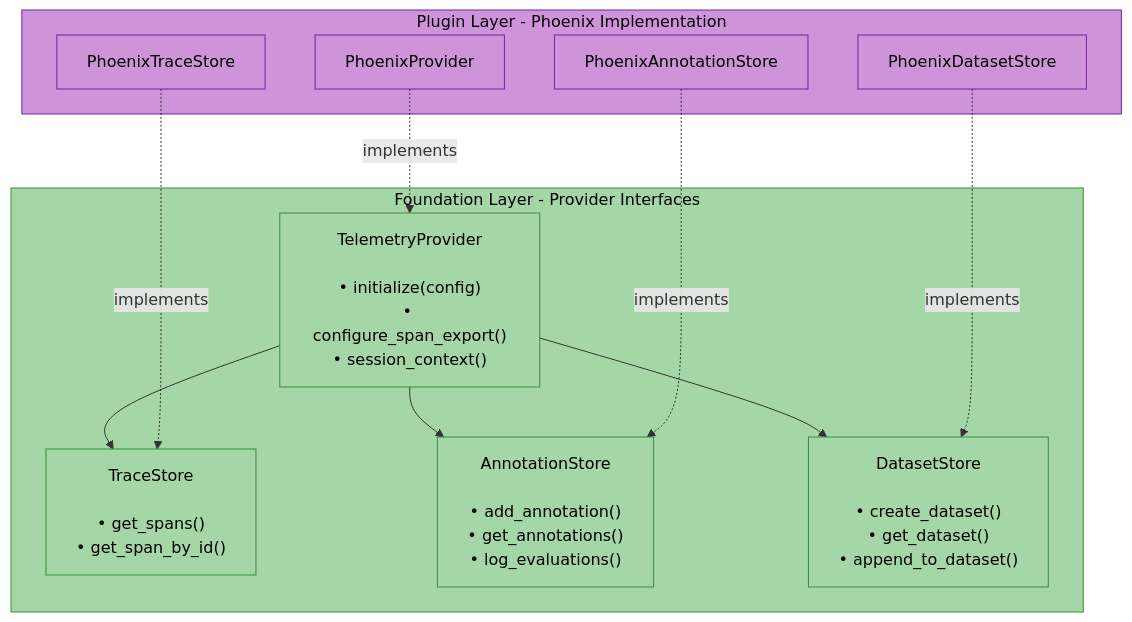
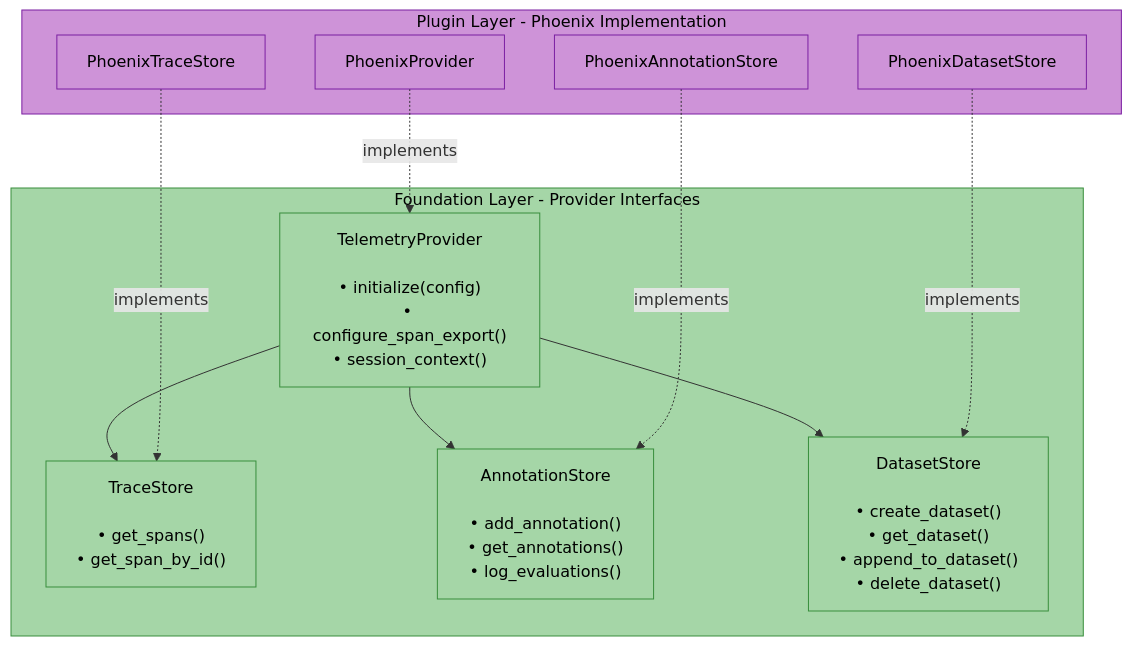
The fourth of 4 diagrams in docs/modules/telemetry.md (amit-jain/cogniverse), drawn with Mermaid before and after one commit. The commit also changed other lines of this file and 4 other files, not shown here.

````diff
--- a/docs/modules/telemetry.md
+++ b/docs/modules/telemetry.md
@@ -312,36 +312,36 @@
 ```mermaid
 flowchart TB
     subgraph Abstraction["<span style='color:#000'>Foundation Layer - Provider Interfaces</span>"]
         TelemetryProvider["<span style='color:#000'>TelemetryProvider<br/><br/>• initialize(config)<br/>• configure_span_export()<br/>• session_context()</span>"]
         TraceStore["<span style='color:#000'>TraceStore<br/><br/>• get_spans()<br/>• get_span_by_id()</span>"]
         AnnotationStore["<span style='color:#000'>AnnotationStore<br/><br/>• add_annotation()<br/>• get_annotations()<br/>• log_evaluations()</span>"]
-        DatasetStore["<span style='color:#000'>DatasetStore<br/><br/>• create_dataset()<br/>• get_dataset()<br/>• append_to_dataset()</span>"]
+        DatasetStore["<span style='color:#000'>DatasetStore<br/><br/>• create_dataset()<br/>• get_dataset()<br/>• append_to_dataset()<br/>• delete_dataset()</span>"]
     end
 
     TelemetryProvider --> TraceStore
     TelemetryProvider --> AnnotationStore
     TelemetryProvider --> DatasetStore
 
     subgraph Implementation["<span style='color:#000'>Plugin Layer - Phoenix Implementation</span>"]
         PhoenixProvider["<span style='color:#000'>PhoenixProvider</span>"]
         PhoenixTraceStore["<span style='color:#000'>PhoenixTraceStore</span>"]
         PhoenixAnnotationStore["<span style='color:#000'>PhoenixAnnotationStore</span>"]
         PhoenixDatasetStore["<span style='color:#000'>PhoenixDatasetStore</span>"]
     end
 
     PhoenixProvider -.->|implements| TelemetryProvider
     PhoenixTraceStore -.->|implements| TraceStore
     PhoenixAnnotationStore -.->|implements| AnnotationStore
     PhoenixDatasetStore -.->|implements| DatasetStore
 
     style Abstraction fill:#a5d6a7,stroke:#388e3c,color:#000
     style Implementation fill:#ce93d8,stroke:#7b1fa2,color:#000
     style TelemetryProvider fill:#a5d6a7,stroke:#388e3c,color:#000
     style TraceStore fill:#a5d6a7,stroke:#388e3c,color:#000
     style AnnotationStore fill:#a5d6a7,stroke:#388e3c,color:#000
     style DatasetStore fill:#a5d6a7,stroke:#388e3c,color:#000
     style PhoenixProvider fill:#ce93d8,stroke:#7b1fa2,color:#000
     style PhoenixTraceStore fill:#ce93d8,stroke:#7b1fa2,color:#000
     style PhoenixAnnotationStore fill:#ce93d8,stroke:#7b1fa2,color:#000
     style PhoenixDatasetStore fill:#ce93d8,stroke:#7b1fa2,color:#000
 ```
````
